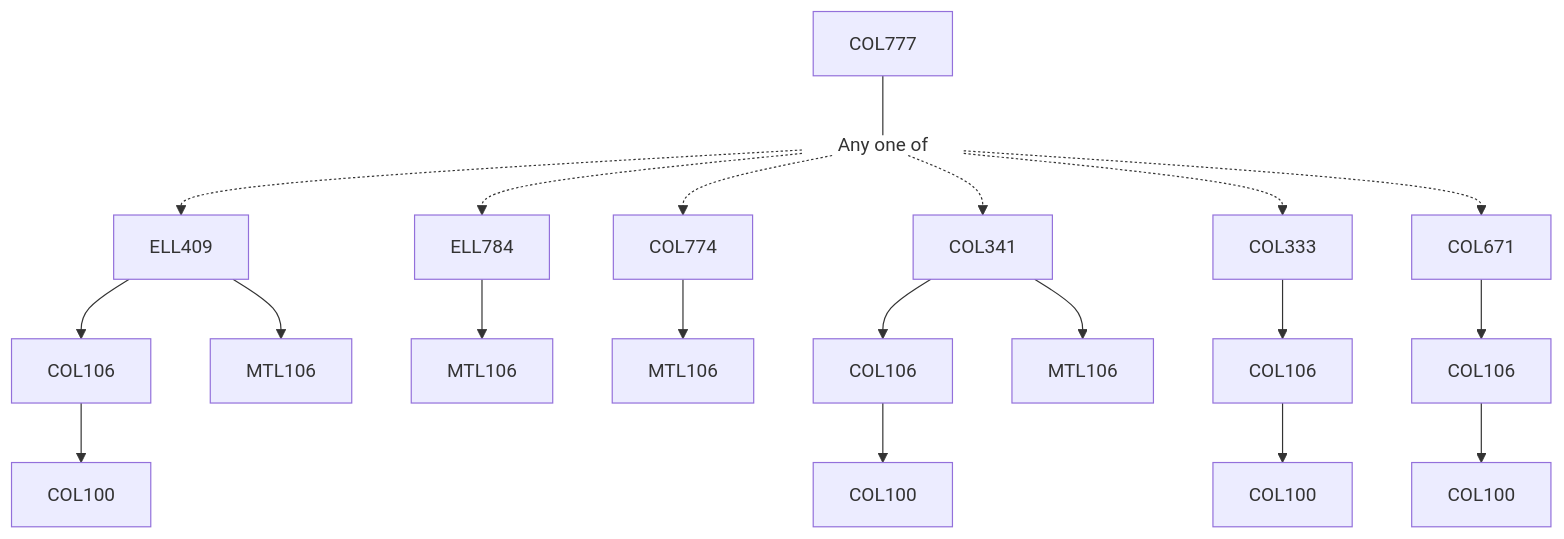
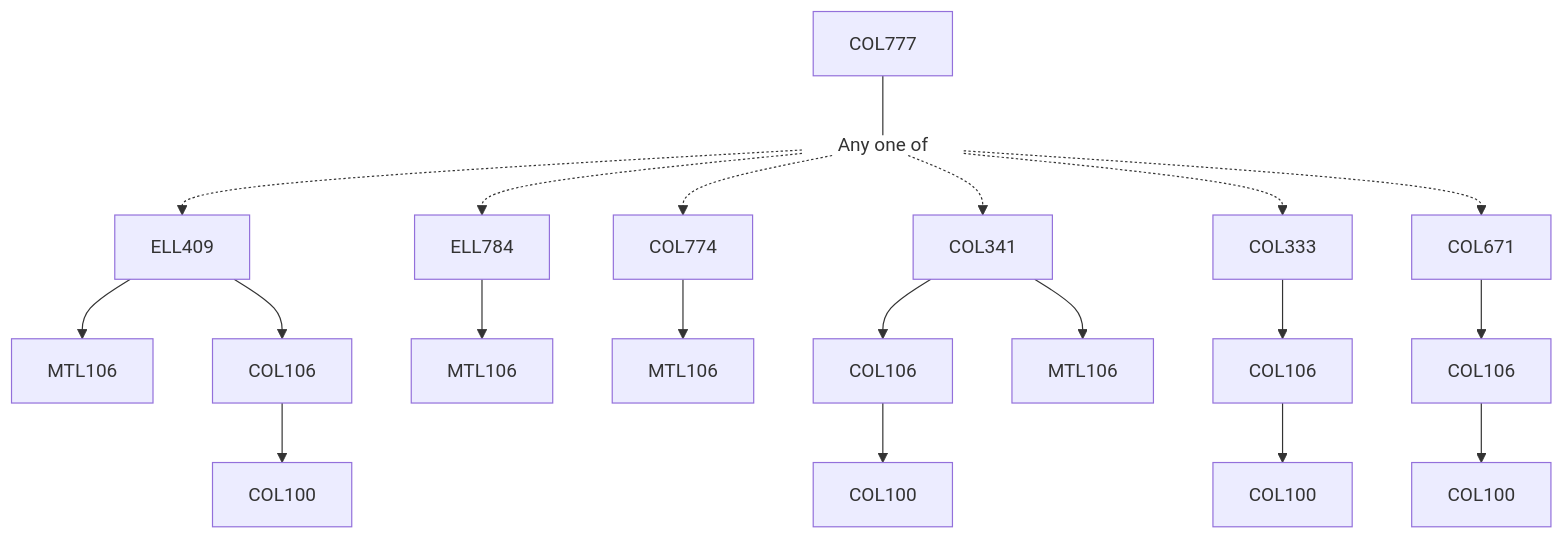
One commit to KeshavBansal0122/CoS_Website changed the diagram in content/Computer Science and Engineering/COL777.md. Above: the diagram before and after it, drawn with Mermaid. The commit also changed other lines of this file and 392 other files, not shown here.

````diff
--- a/content/Computer Science and Engineering/COL777.md
+++ b/content/Computer Science and Engineering/COL777.md
@@ -15,26 +15,26 @@
 ```mermaid
 flowchart TD
 COL777-1318[COL777]
 COL777-1318 --- Or1319[Any one of]:::empty
 Or1319 -.-> ELL409-1320[ELL409]
+ELL409-1320 --> MTL106-1320[MTL106]
 ELL409-1320 --> COL106-1320[COL106]
-ELL409-1320 --> MTL106-1320[MTL106]
 COL106-1320 --> COL100-1320[COL100]
+ELL784-1321 --> MTL106-1321[MTL106]
 Or1319 -.-> ELL784-1321[ELL784]
-ELL784-1321 --> MTL106-1321[MTL106]
 Or1319 -.-> COL774-1322[COL774]
 COL774-1322 --> MTL106-1322[MTL106]
 COL341-1323 --> COL106-1323[COL106]
 COL341-1323 --> MTL106-1323[MTL106]
+Or1319 -.-> COL341-1323[COL341]
 COL106-1323 --> COL100-1323[COL100]
-Or1319 -.-> COL341-1323[COL341]
-COL333-1324 --> COL106-1324[COL106]
 COL106-1324 --> COL100-1324[COL100]
 Or1319 -.-> COL333-1324[COL333]
+COL333-1324 --> COL106-1324[COL106]
 COL671-1325 --> COL106-1325[COL106]
 Or1319 -.-> COL671-1325[COL671]
 COL106-1325 --> COL100-1325[COL100]
 
 classDef empty height:17px, fill:transparent, stroke:transparent;
 classDef trueEmpty height:0px, width:0px;
 ```
````
